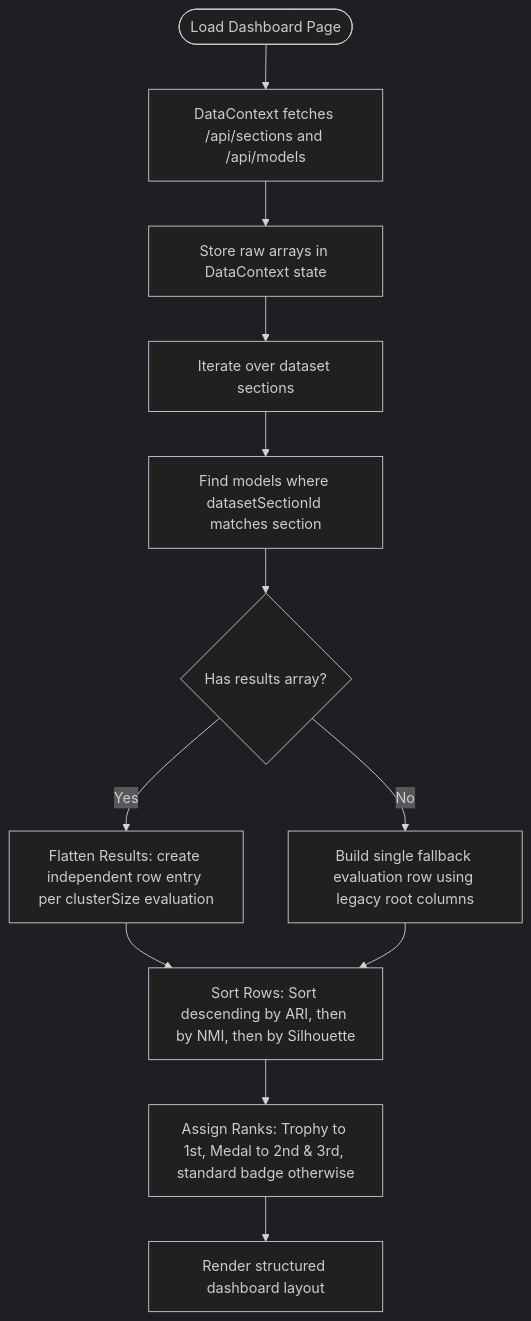
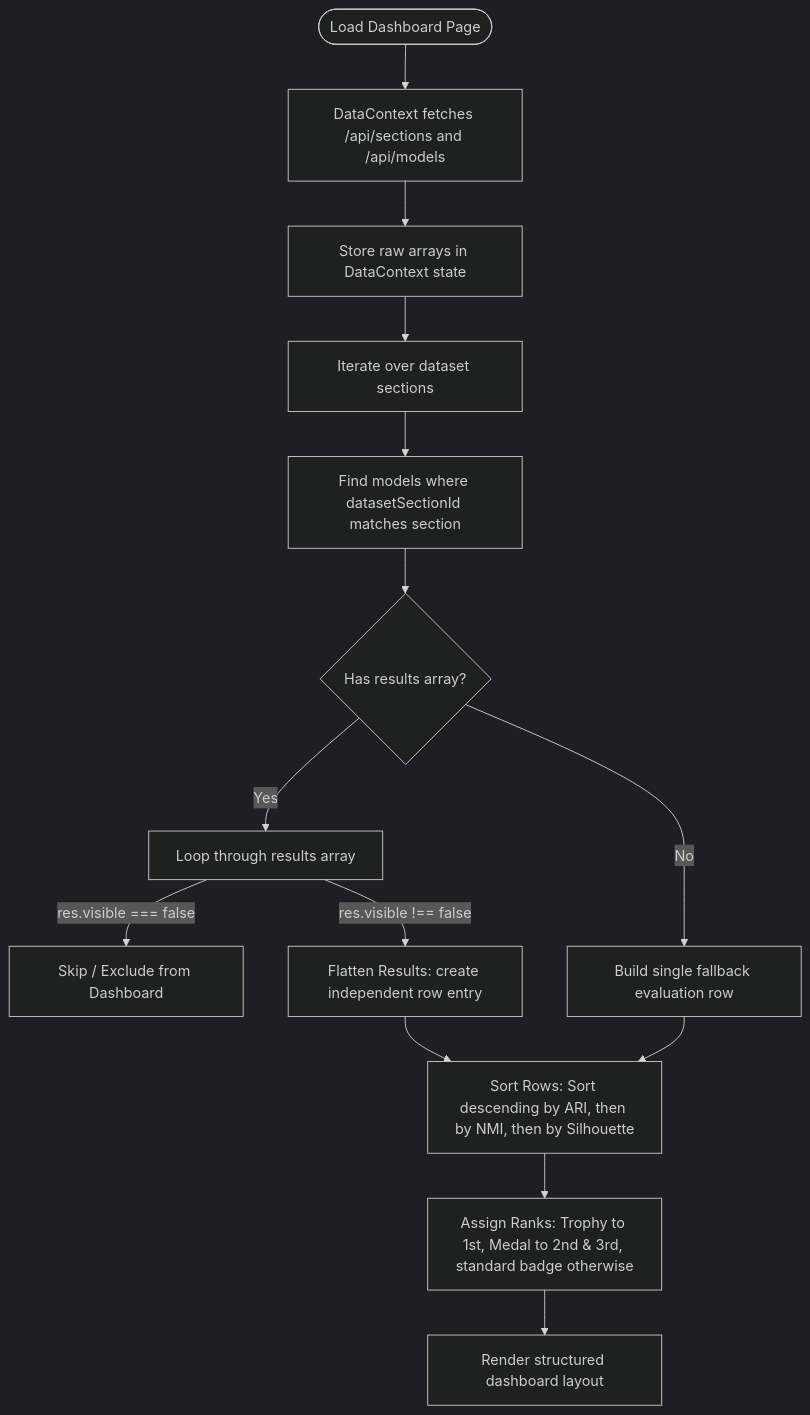
The fourth of 8 diagrams in DATA_FLOW.md (Asadullah-Imran/FYDP-LeaderBoard-NextJS), drawn with Mermaid (dark theme) before and after one commit. The commit also changed other lines of this file and 1 other file, not shown here.

Commit message:
feat: add dataset filtering to dashboard and update documentation to reflect visibility logic

````diff
--- a/DATA_FLOW.md
+++ b/DATA_FLOW.md
@@ -168,17 +169,19 @@
 ```mermaid
 graph TD
   Start([Load Dashboard Page]) --> Fetch[DataContext fetches /api/sections and /api/models]
   Fetch --> StoreCache[Store raw arrays in DataContext state]
   StoreCache --> IterateSections[Iterate over dataset sections]
   IterateSections --> Filter[Find models where datasetSectionId matches section]
   Filter --> CheckResults{Has results array?}
   
-  CheckResults -- Yes --> Flatten[Flatten Results: create independent row entry per clusterSize evaluation]
-  CheckResults -- No --> LegacyFallback[Build single fallback evaluation row using legacy root columns]
+  CheckResults -- Yes --> LoopResults[Loop through results array]
+  LoopResults -- res.visible === false --> Skip[Skip / Exclude from Dashboard]
+  LoopResults -- res.visible !== false --> Flatten[Flatten Results: create independent row entry]
+  CheckResults -- No --> LegacyFallback[Build single fallback evaluation row]
   
   Flatten --> Sort[Sort Rows: Sort descending by ARI, then by NMI, then by Silhouette]
   LegacyFallback --> Sort
   
   Sort --> AssignRank[Assign Ranks: Trophy to 1st, Medal to 2nd & 3rd, standard badge otherwise]
   AssignRank --> RenderUI[Render structured dashboard layout]
 ```
````
